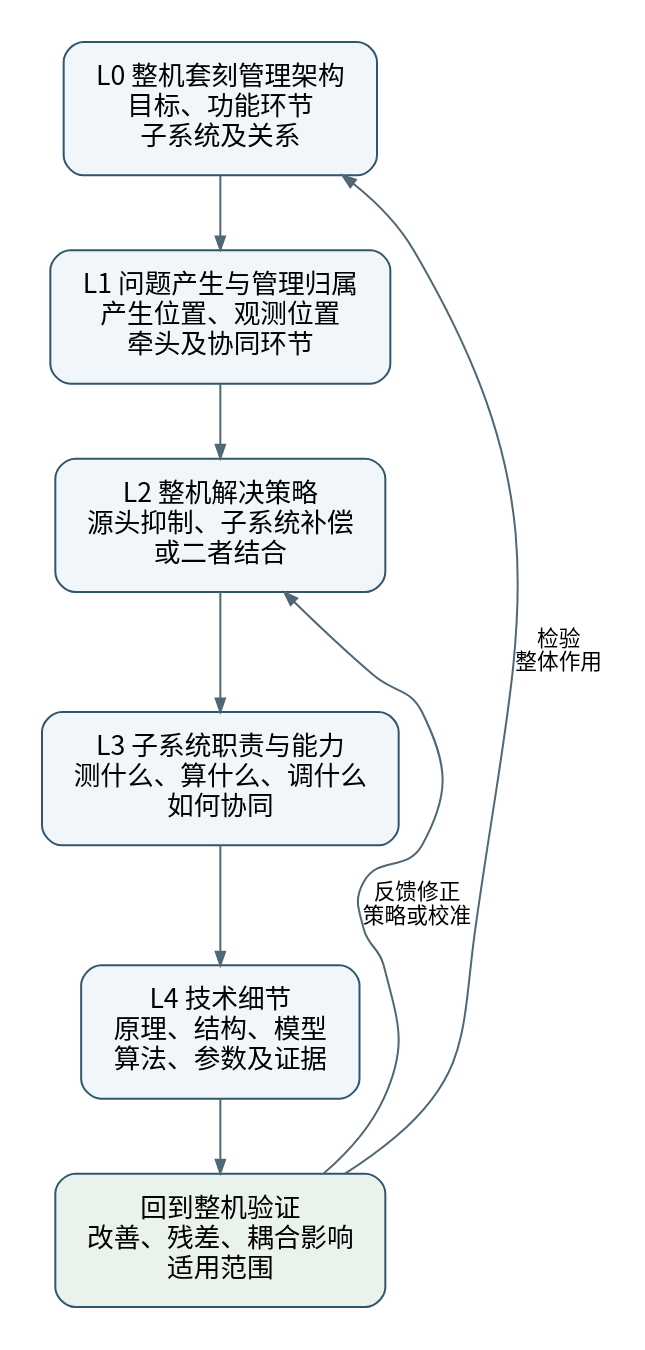
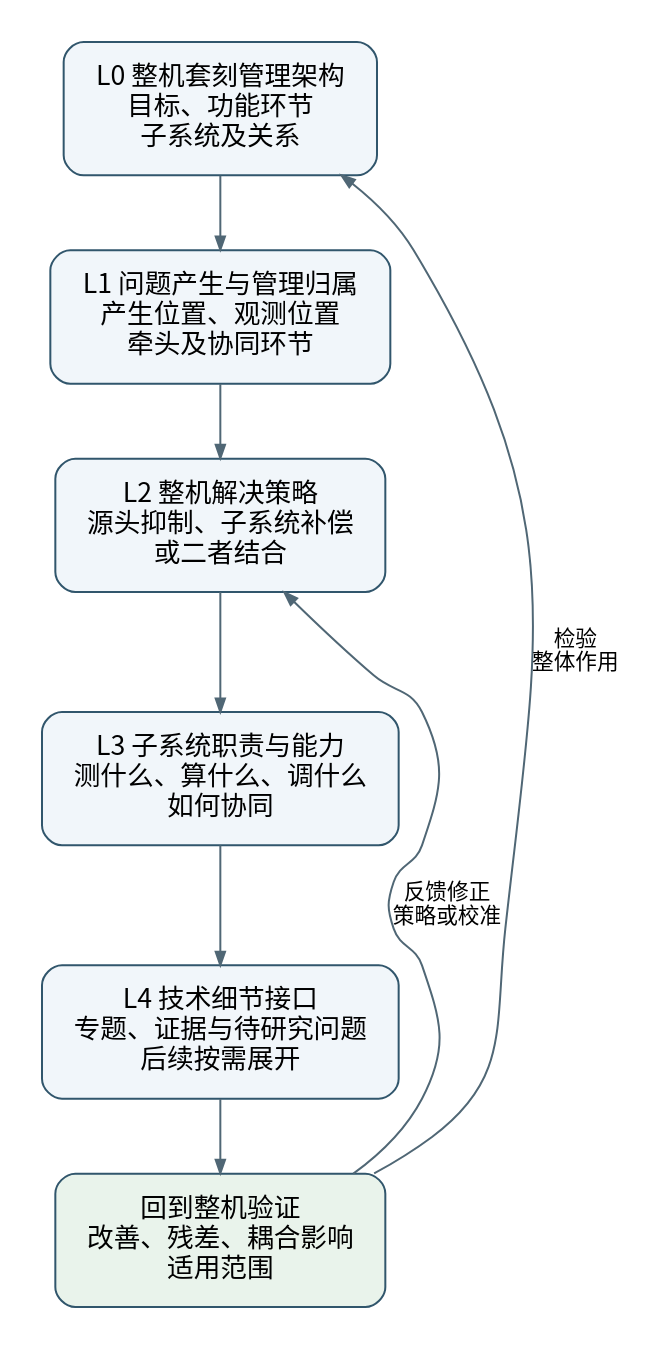
The diagram in reports/figures/l0-l4-structure.dot (OpticsPan/Overlay2), drawn with Graphviz before and after one commit. The commit also changed 26 other files, not shown here.

Commit message:
docs: add independently researched R2 overlay architecture report

```diff
--- a/reports/figures/l0-l4-structure.dot
+++ b/reports/figures/l0-l4-structure.dot
@@ -1,20 +1,20 @@
 // 报告组织示意图；不是已经验证的光刻机技术架构。
 // 不使用 fixedsize；Graphviz 根据字体度量、显式换行及内边距确定节点大小。
 // SVG 使用 cairo 后端将字形转为矢量轮廓，避免查看端字体替换导致裁切。
 digraph ReportStructure {
   graph [rankdir=TB, bgcolor="white", pad=0.25, nodesep=0.4, ranksep=0.6];
   node [shape=box, style="rounded,filled", fillcolor="#f1f6fa", color="#31566c",
         penwidth=1.2, fontname="Noto Sans CJK SC", fontsize=16,
         margin="0.28,0.18"];
   edge [color="#506775", penwidth=1.2, arrowsize=0.8,
         fontname="Noto Sans CJK SC", fontsize=13];
   L0 [label="L0 整机套刻管理架构\n目标、功能环节\n子系统及关系"];
   L1 [label="L1 问题产生与管理归属\n产生位置、观测位置\n牵头及协同环节"];
   L2 [label="L2 整机解决策略\n源头抑制、子系统补偿\n或二者结合"];
   L3 [label="L3 子系统职责与能力\n测什么、算什么、调什么\n如何协同"];
-  L4 [label="L4 技术细节\n原理、结构、模型\n算法、参数及证据"];
+  L4 [label="L4 技术细节接口\n专题、证据与待研究问题\n后续按需展开"];
   V [label="回到整机验证\n改善、残差、耦合影响\n适用范围", fillcolor="#e9f3eb"];
   L0 -> L1 -> L2 -> L3 -> L4 -> V;
   V -> L0 [label="检验\n整体作用", constraint=false];
   V -> L2 [label="反馈修正\n策略或校准", constraint=false];
 }
```
